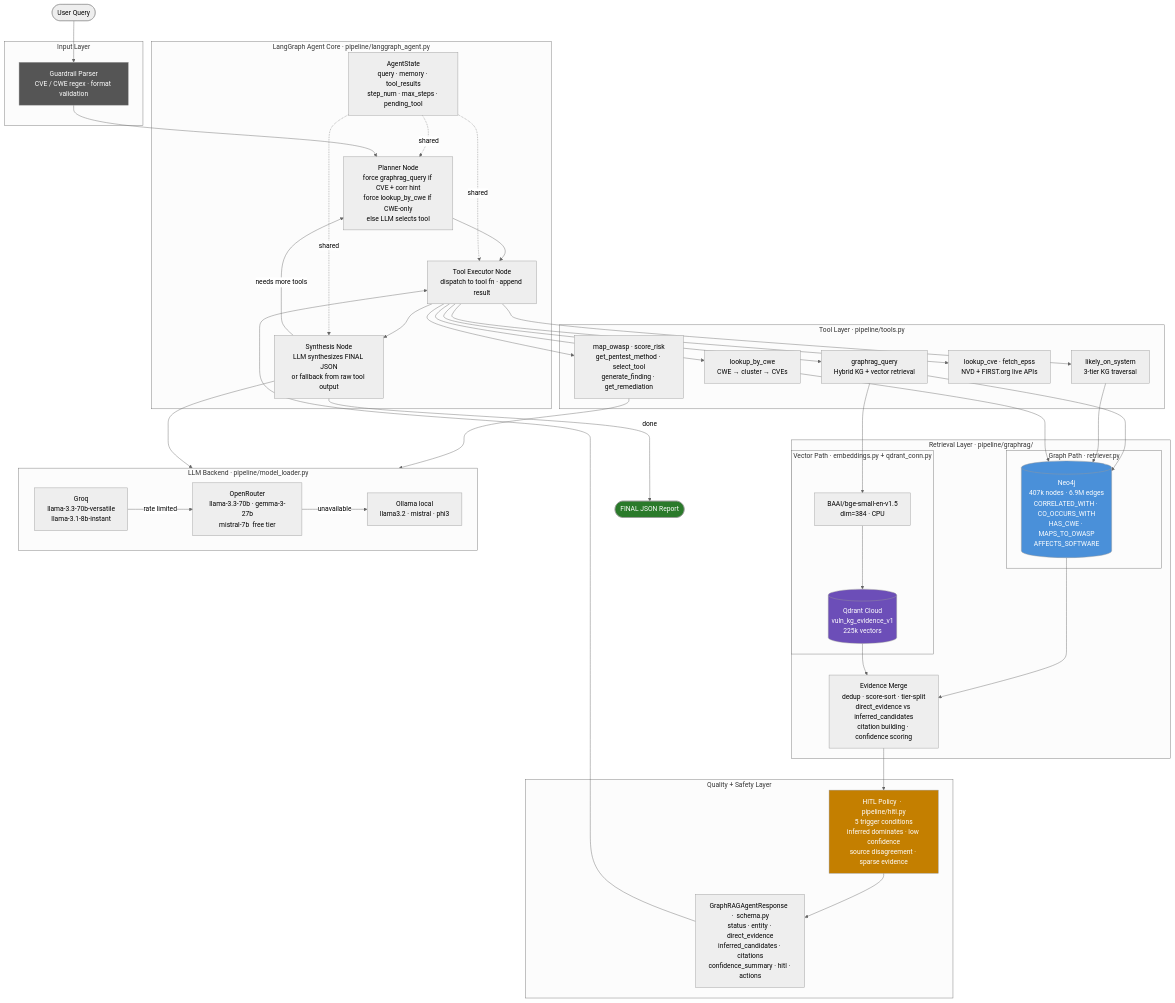
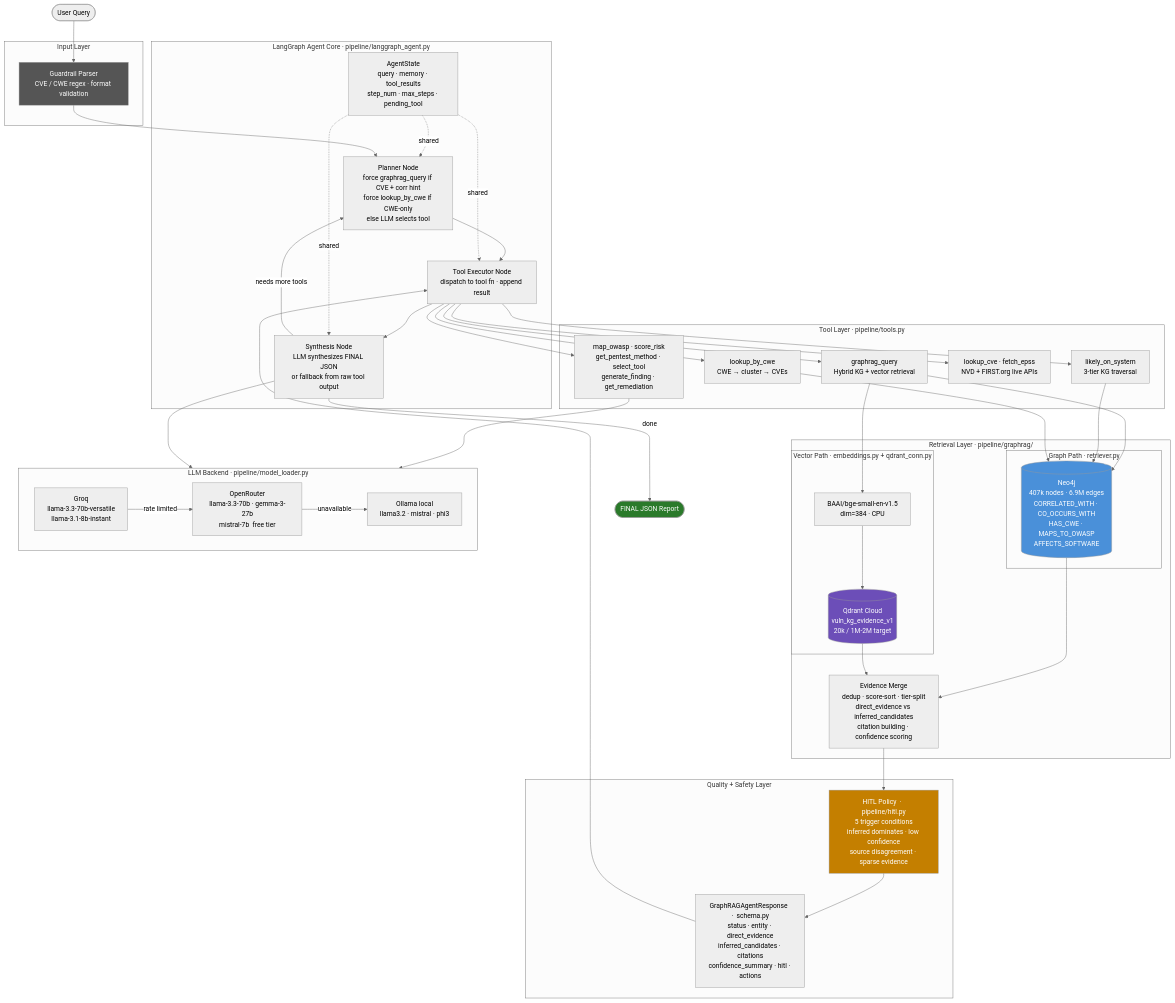
One commit to adityajayashankar/CortexKG-Agent changed the fourth of 6 diagrams in docs/reports/PROJECT_REPORT.md. Above: the diagram before and after it, drawn with Mermaid (neutral theme). The commit also changed other lines of this file and 4 other files, not shown here.

````diff
--- a/docs/reports/PROJECT_REPORT.md
+++ b/docs/reports/PROJECT_REPORT.md
@@ -290,71 +290,71 @@
 ```mermaid
 graph TB
     USER([User Query]) --> GUARD
 
     subgraph INPUT["Input Layer"]
         GUARD[Guardrail Parser\nCVE / CWE regex · format validation]
     end
 
     subgraph AGENT["LangGraph Agent Core  ·  pipeline/langgraph_agent.py"]
         PLANNER[Planner Node\nforce graphrag_query if CVE + corr hint\nforce lookup_by_cwe if CWE-only\nelse LLM selects tool]
         EXECUTOR[Tool Executor Node\ndispatch to tool fn · append result]
         SYNTH[Synthesis Node\nLLM synthesizes FINAL JSON\nor fallback from raw tool output]
         STATE[AgentState\nquery · memory · tool_results\nstep_num · max_steps · pending_tool]
         PLANNER --> EXECUTOR --> SYNTH
         SYNTH -- needs more tools --> PLANNER
         STATE -. shared .-> PLANNER & EXECUTOR & SYNTH
     end
 
     subgraph TOOLS["Tool Layer  ·  pipeline/tools.py"]
         T1[graphrag_query\nHybrid KG + vector retrieval]
         T2[likely_on_system\n3-tier KG traversal]
         T3[lookup_by_cwe\nCWE → cluster → CVEs]
         T4[lookup_cve · fetch_epss\nNVD + FIRST.org live APIs]
         T5[map_owasp · score_risk\nget_pentest_method · select_tool\ngenerate_finding · get_remediation]
     end
 
     subgraph RETRIEVAL["Retrieval Layer  ·  pipeline/graphrag/"]
         subgraph GRAPH_SRC["Graph Path  ·  retriever.py"]
             NEO4J[(Neo4j\n407k nodes · 6.9M edges\nCORRELATED_WITH · CO_OCCURS_WITH\nHAS_CWE · MAPS_TO_OWASP\nAFFECTS_SOFTWARE)]
         end
         subgraph VEC_SRC["Vector Path  ·  embeddings.py + qdrant_conn.py"]
             EMBEDDER[BAAI/bge-small-en-v1.5\ndim=384 · CPU]
-            QDRANT[(Qdrant Cloud\nvuln_kg_evidence_v1\n225k vectors)]
+            QDRANT[(Qdrant Cloud\nvuln_kg_evidence_v1\n20k / 1M-2M target)]
             EMBEDDER --> QDRANT
         end
         MERGE[Evidence Merge\ndedup · score-sort · tier-split\ndirect_evidence vs inferred_candidates\ncitation building · confidence scoring]
         NEO4J --> MERGE
         QDRANT --> MERGE
     end
 
     subgraph LLM_BACKEND["LLM Backend  ·  pipeline/model_loader.py"]
         GROQ[Groq\nllama-3.3-70b-versatile\nllama-3.1-8b-instant]
         OR[OpenRouter\nllama-3.3-70b · gemma-3-27b\nmistral-7b  free tier]
         OLLAMA[Ollama  local\nllama3.2 · mistral · phi3]
         GROQ -- rate limited --> OR -- unavailable --> OLLAMA
     end
 
     subgraph POLICY["Quality + Safety Layer"]
         HITL[HITL Policy  ·  pipeline/hitl.py\n5 trigger conditions\ninferred dominates · low confidence\nsource disagreement · sparse evidence]
         SCHEMA[GraphRAGAgentResponse  ·  schema.py\nstatus · entity · direct_evidence\ninferred_candidates · citations\nconfidence_summary · hitl · actions]
         HITL --> SCHEMA
     end
 
     FINAL([FINAL JSON Report])
 
     GUARD --> PLANNER
     EXECUTOR --> T1 & T2 & T3 & T4 & T5
     T1 --> NEO4J & EMBEDDER
     T2 & T3 --> NEO4J
     MERGE --> HITL
     T5 --> LLM_BACKEND
     SYNTH --> LLM_BACKEND
     SCHEMA --> EXECUTOR
     SYNTH -- done --> FINAL
 
     style NEO4J fill:#4a90d9,color:#fff
     style QDRANT fill:#6c4eb8,color:#fff
     style FINAL fill:#2a7a2a,color:#fff
     style HITL fill:#c47f00,color:#fff
     style GUARD fill:#555,color:#fff
 ```
````
